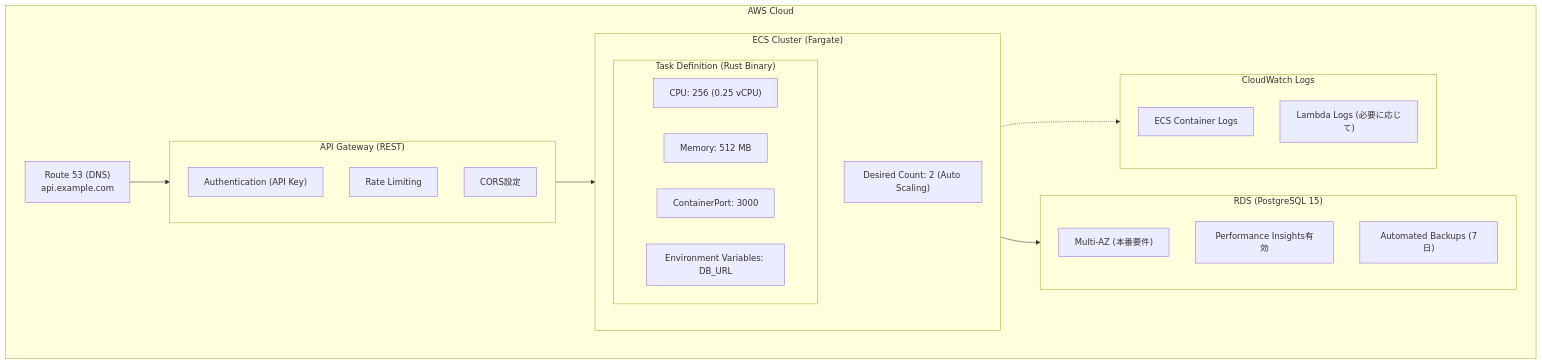
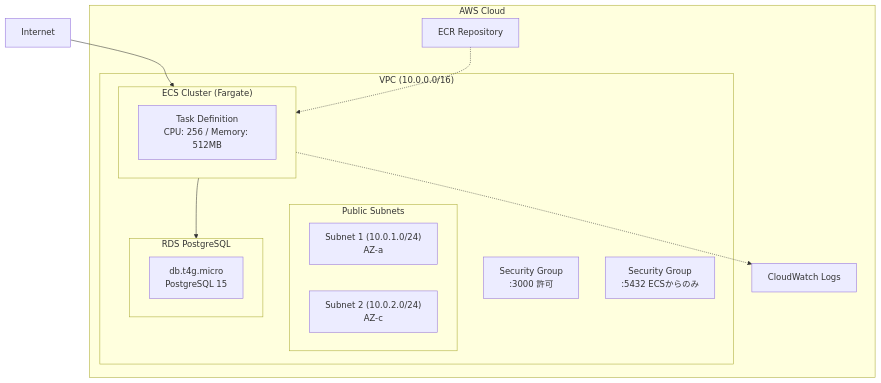
One commit to mzkmnk/rust-api-aws-guide-v1 changed the diagram in docs/guide/04-day2-session1-aws-architecture.md. Above: the diagram before and after it, drawn with Mermaid. The commit also changed other lines of this file and 2 other files, not shown here.

First line of the commit message:
docs(guide): expand AWS architecture and ECS deployment documentation

````diff
--- a/docs/guide/04-day2-session1-aws-architecture.md
+++ b/docs/guide/04-day2-session1-aws-architecture.md
@@ -9,38 +9,30 @@
 ```mermaid
 flowchart TB
     subgraph AWS["AWS Cloud"]
-        Route53["Route 53 (DNS)<br/>api.example.com"]
-        
-        subgraph APIGateway["API Gateway (REST)"]
-            Auth["Authentication (API Key)"]
-            RateLimit["Rate Limiting"]
-            CORS["CORS設定"]
+        subgraph VPC["VPC (10.0.0.0/16)"]
+            subgraph PublicSubnets["Public Subnets"]
+                Subnet1["Subnet 1 (10.0.1.0/24)<br/>AZ-a"]
+                Subnet2["Subnet 2 (10.0.2.0/24)<br/>AZ-c"]
+            end
+            
+            subgraph ECS["ECS Cluster (Fargate)"]
+                Task["Task Definition<br/>CPU: 256 / Memory: 512MB"]
+            end
+            
+            subgraph RDS["RDS PostgreSQL"]
+                DB["db.t4g.micro<br/>PostgreSQL 15"]
+            end
+            
+            EcsSG["Security Group<br/>:3000 許可"]
+            RdsSG["Security Group<br/>:5432 ECSからのみ"]
         end
         
-        subgraph ECS["ECS Cluster (Fargate)"]
-            subgraph TaskDef["Task Definition (Rust Binary)"]
-                CPU["CPU: 256 (0.25 vCPU)"]
-                Memory["Memory: 512 MB"]
-                Port["ContainerPort: 3000"]
-                EnvVars["Environment Variables: DB_URL"]
-            end
-            AutoScale["Desired Count: 2 (Auto Scaling)"]
-        end
-        
-        subgraph RDS["RDS (PostgreSQL 15)"]
-            MultiAZ["Multi-AZ (本番要件)"]
-            PerfInsights["Performance Insights有効"]
-            Backups["Automated Backups (7日)"]
-        end
-        
-        subgraph CloudWatch["CloudWatch Logs"]
-            ECSLogs["ECS Container Logs"]
-            LambdaLogs["Lambda Logs (必要に応じて)"]
-        end
+        ECR["ECR Repository"]
+        CloudWatch["CloudWatch Logs"]
     end
 
-    Route53 --> APIGateway
-    APIGateway --> ECS
+    Internet --> ECS
     ECS --> RDS
     ECS -.-> CloudWatch
+    ECR -.-> ECS
 ```
````
